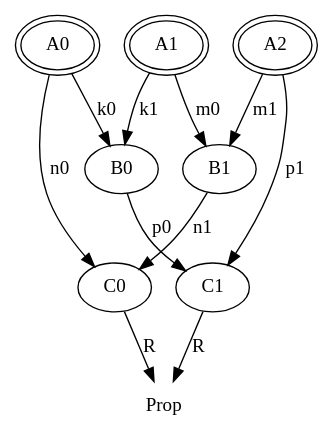
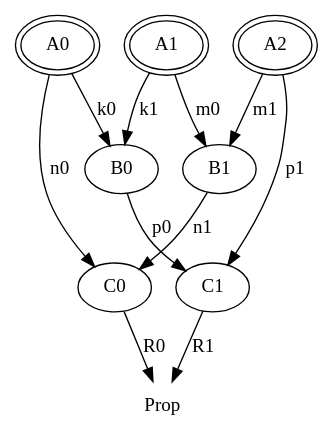
The diagram in unification/assoc.dot (Tuplanolla/dez), drawn with Graphviz before and after one commit. The commit also changed 2 other files, not shown here.

```diff
--- a/unification/assoc.dot
+++ b/unification/assoc.dot
@@ -1,27 +1,27 @@
 digraph assoc {
   node [peripheries = 2]
 
   T2 [label = "A0"]
   T3 [label = "A1"]
   T4 [label = "A2"]
 
   node [peripheries = 1]
 
   T0 [label = "C0"]
   T1 [label = "C1"]
   T5 [label = "B1"]
   T6 [label = "B0"]
 
   node [peripheries = 0]
 
-  T0 -> Prop [label = "R"]
-  T1 -> Prop [label = "R"]
+  T0 -> Prop [label = "R0"]
+  T1 -> Prop [label = "R1"]
   T2 -> T0 [label = "n0"]
   T2 -> T6 [label = "k0"]
   T3 -> T5 [label = "m0"]
   T3 -> T6 [label = "k1"]
   T4 -> T1 [label = "p1"]
   T4 -> T5 [label = "m1"]
   T5 -> T0 [label = "n1"]
   T6 -> T1 [label = "p0"]
 }
```
